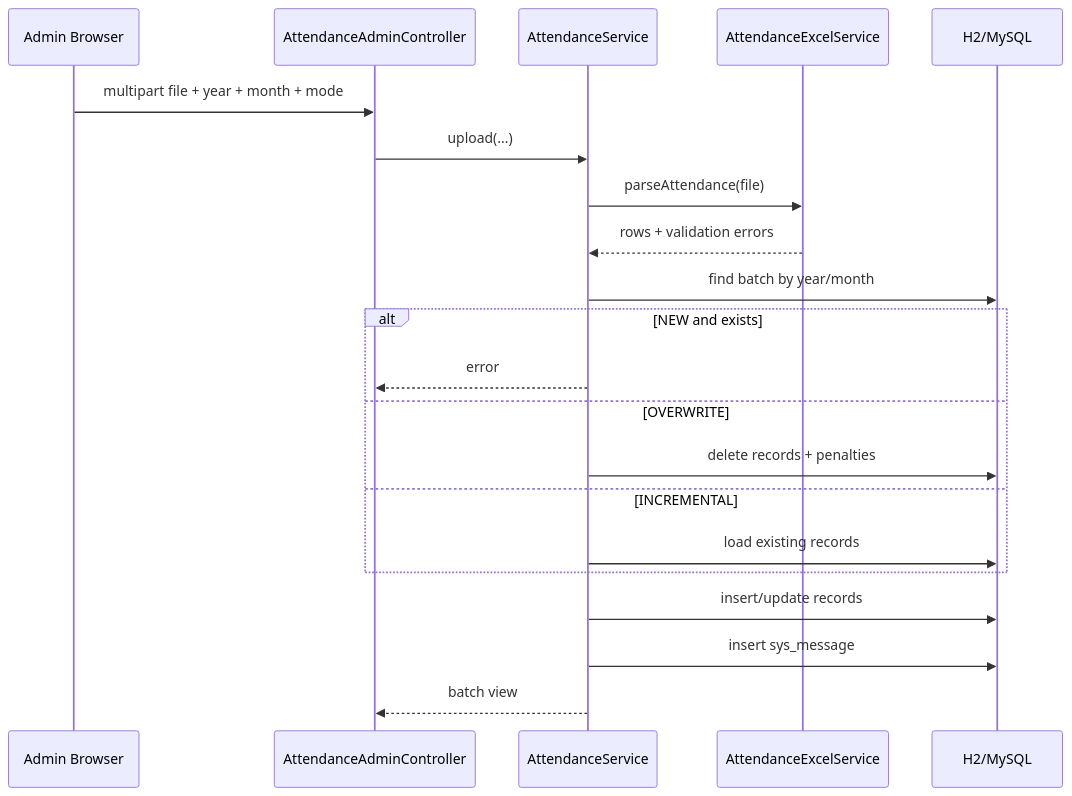
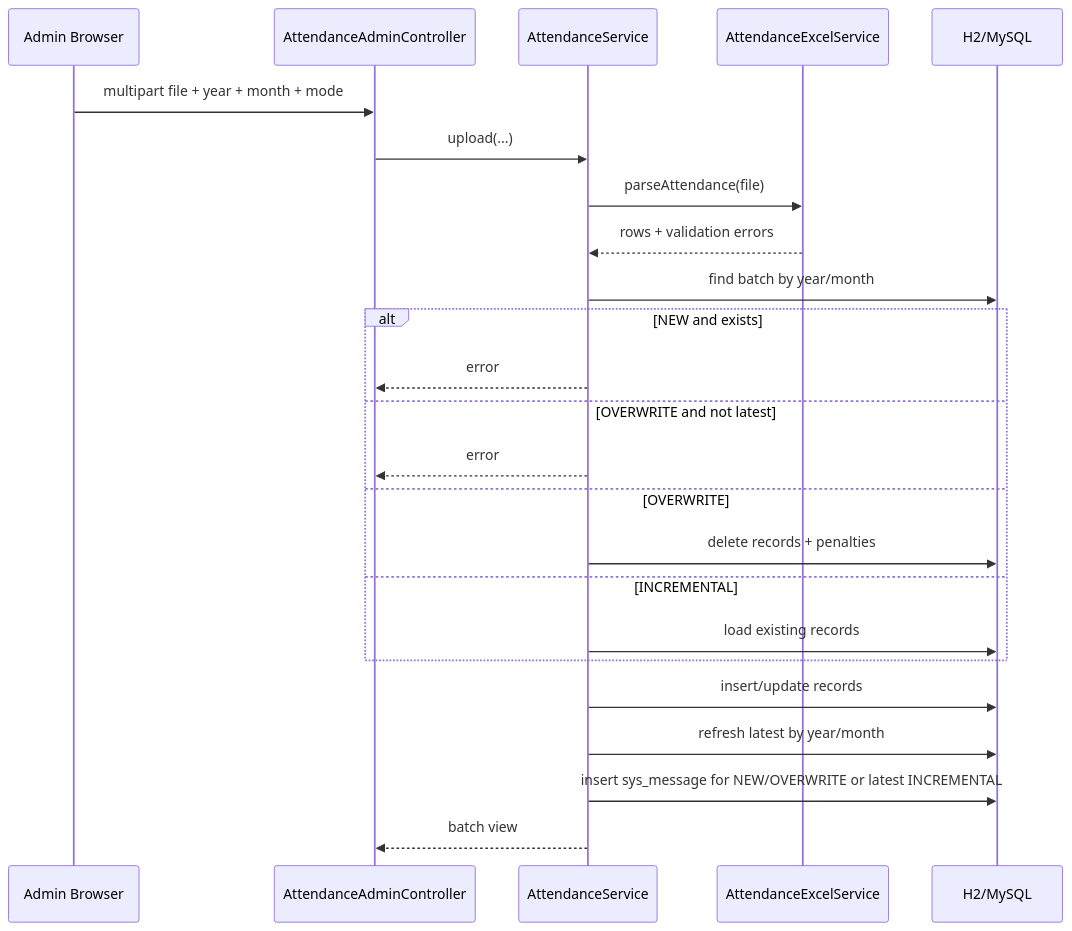
The fourth of 8 diagrams in docs/ARCHITECTURE.md (Keal-thas/hr-manager-sys), drawn with Mermaid before and after one commit. The commit also changed other lines of this file and 14 other files, not shown here.

````diff
--- a/docs/ARCHITECTURE.md
+++ b/docs/ARCHITECTURE.md
@@ -99,23 +99,26 @@
 ```mermaid
 sequenceDiagram
     participant B as Admin Browser
     participant C as AttendanceAdminController
     participant S as AttendanceService
     participant E as AttendanceExcelService
     participant DB as H2/MySQL
     B->>C: multipart file + year + month + mode
     C->>S: upload(...)
     S->>E: parseAttendance(file)
     E-->>S: rows + validation errors
     S->>DB: find batch by year/month
     alt NEW and exists
         S-->>C: error
+    else OVERWRITE and not latest
+        S-->>C: error
     else OVERWRITE
         S->>DB: delete records + penalties
     else INCREMENTAL
         S->>DB: load existing records
     end
     S->>DB: insert/update records
-    S->>DB: insert sys_message
+    S->>DB: refresh latest by year/month
+    S->>DB: insert sys_message for NEW/OVERWRITE or latest INCREMENTAL
     S-->>C: batch view
 ```
````
